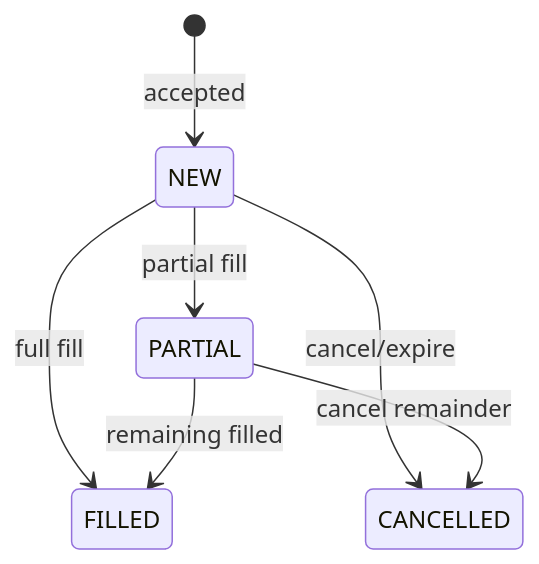
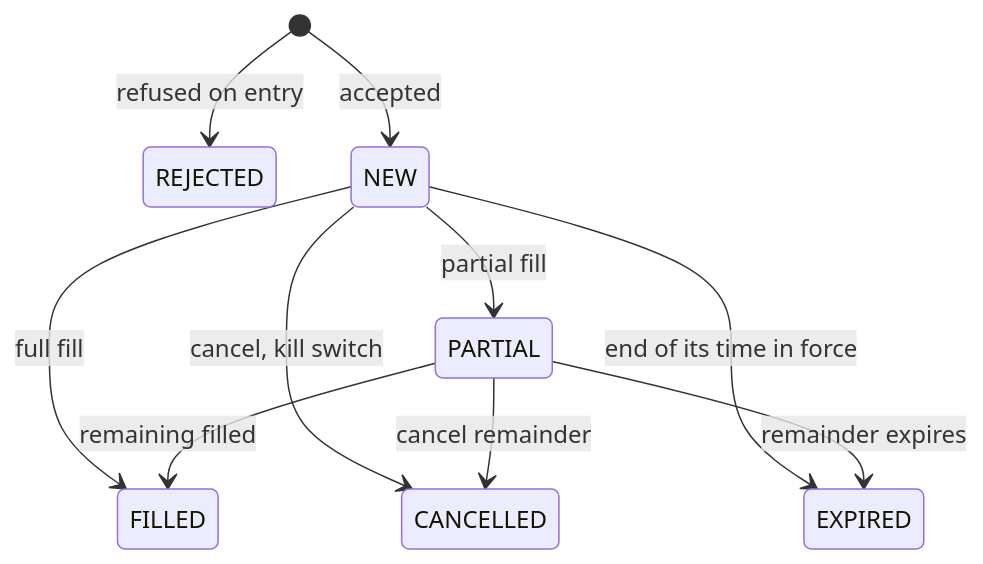
Before and after one commit to johan162/EduMatcher: the diagram in docs/books/training-guide/080-cancelling-orders.md, drawn with Mermaid. The commit also changed other lines of this file and 161 other files, not shown here.

````diff
--- a/docs/books/training-guide/080-cancelling-orders.md
+++ b/docs/books/training-guide/080-cancelling-orders.md
@@ -182,9 +185,12 @@
 ```mermaid
 stateDiagram-v2
+    [*] --> REJECTED : refused on entry
     [*] --> NEW : accepted
     NEW --> PARTIAL : partial fill
     NEW --> FILLED : full fill
-    NEW --> CANCELLED : cancel/expire
+    NEW --> CANCELLED : cancel, kill switch
+    NEW --> EXPIRED : end of its time in force
     PARTIAL --> FILLED : remaining filled
     PARTIAL --> CANCELLED : cancel remainder
+    PARTIAL --> EXPIRED : remainder expires
 ```
````
